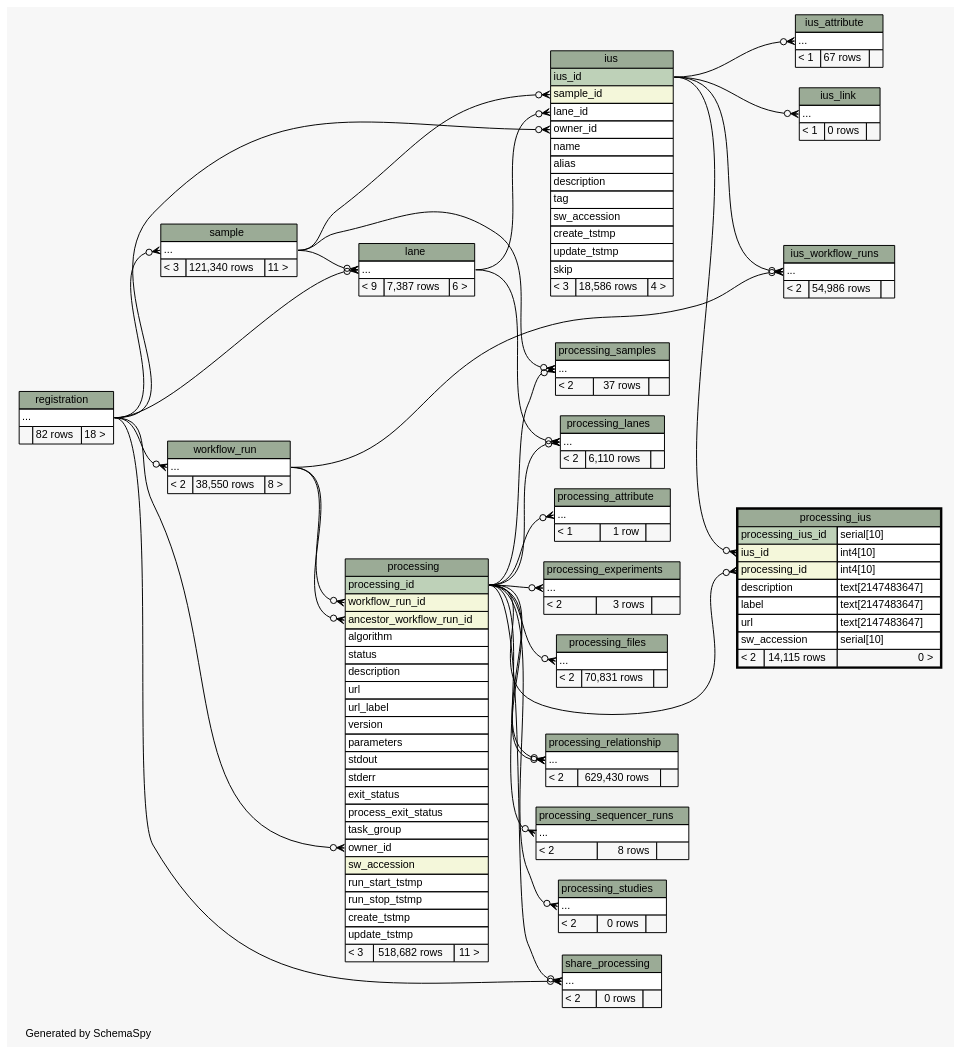
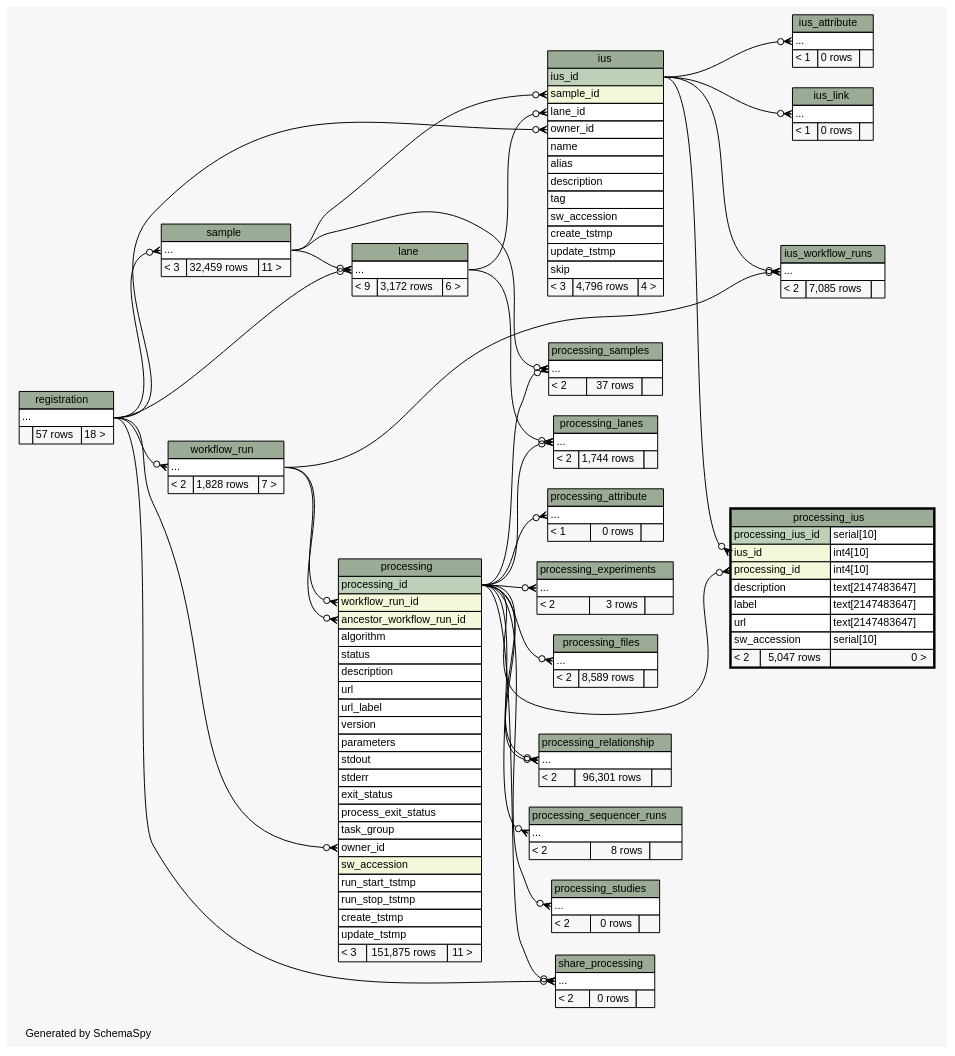
The diagram in metadb-schema/diagrams/processing_ius.2degrees.dot (SeqWare/seqware.github.com), drawn with Graphviz before and after one commit. The commit also changed 376 other files, not shown here.

```diff
--- a/metadb-schema/diagrams/processing_ius.2degrees.dot
+++ b/metadb-schema/diagrams/processing_ius.2degrees.dot
@@ -1,4 +1,4 @@
-// dot 2.26.3 on Linux 3.5.0-47-generic
+// dot 2.32.0 on Mac OS X 10.8.3
 // SchemaSpy rev 590
 digraph "twoDegreesRelationshipsDiagram" {
   graph [
@@ -64,7 +64,7 @@
       <TR><TD PORT="create_tstmp" COLSPAN="3" ALIGN="LEFT">create_tstmp</TD></TR>
       <TR><TD PORT="update_tstmp" COLSPAN="3" ALIGN="LEFT">update_tstmp</TD></TR>
       <TR><TD PORT="skip" COLSPAN="3" ALIGN="LEFT">skip</TD></TR>
-      <TR><TD ALIGN="LEFT" BGCOLOR="#f7f7f7">&lt; 3</TD><TD ALIGN="RIGHT" BGCOLOR="#f7f7f7">18,586 rows</TD><TD ALIGN="RIGHT" BGCOLOR="#f7f7f7">4 &gt;</TD></TR>
+      <TR><TD ALIGN="LEFT" BGCOLOR="#f7f7f7">&lt; 3</TD><TD ALIGN="RIGHT" BGCOLOR="#f7f7f7">4,796 rows</TD><TD ALIGN="RIGHT" BGCOLOR="#f7f7f7">4 &gt;</TD></TR>
     </TABLE>>
     URL="ius.html"
     tooltip="ius"
@@ -74,7 +74,7 @@
     <TABLE BORDER="0" CELLBORDER="1" CELLSPACING="0" BGCOLOR="#ffffff">
       <TR><TD COLSPAN="3" BGCOLOR="#9bab96" ALIGN="CENTER">ius_attribute</TD></TR>
       <TR><TD PORT="elipses" COLSPAN="3" ALIGN="LEFT">...</TD></TR>
-      <TR><TD ALIGN="LEFT" BGCOLOR="#f7f7f7">&lt; 1</TD><TD ALIGN="RIGHT" BGCOLOR="#f7f7f7">67 rows</TD><TD ALIGN="RIGHT" BGCOLOR="#f7f7f7">  </TD></TR>
+      <TR><TD ALIGN="LEFT" BGCOLOR="#f7f7f7">&lt; 1</TD><TD ALIGN="RIGHT" BGCOLOR="#f7f7f7">0 rows</TD><TD ALIGN="RIGHT" BGCOLOR="#f7f7f7">  </TD></TR>
     </TABLE>>
     URL="ius_attribute.html"
     tooltip="ius_attribute"
@@ -94,7 +94,7 @@
     <TABLE BORDER="0" CELLBORDER="1" CELLSPACING="0" BGCOLOR="#ffffff">
       <TR><TD COLSPAN="3" BGCOLOR="#9bab96" ALIGN="CENTER">ius_workflow_runs</TD></TR>
       <TR><TD PORT="elipses" COLSPAN="3" ALIGN="LEFT">...</TD></TR>
-      <TR><TD ALIGN="LEFT" BGCOLOR="#f7f7f7">&lt; 2</TD><TD ALIGN="RIGHT" BGCOLOR="#f7f7f7">54,986 rows</TD><TD ALIGN="RIGHT" BGCOLOR="#f7f7f7">  </TD></TR>
+      <TR><TD ALIGN="LEFT" BGCOLOR="#f7f7f7">&lt; 2</TD><TD ALIGN="RIGHT" BGCOLOR="#f7f7f7">7,085 rows</TD><TD ALIGN="RIGHT" BGCOLOR="#f7f7f7">  </TD></TR>
     </TABLE>>
     URL="ius_workflow_runs.html"
     tooltip="ius_workflow_runs"
@@ -104,7 +104,7 @@
     <TABLE BORDER="0" CELLBORDER="1" CELLSPACING="0" BGCOLOR="#ffffff">
       <TR><TD COLSPAN="3" BGCOLOR="#9bab96" ALIGN="CENTER">lane</TD></TR>
       <TR><TD PORT="elipses" COLSPAN="3" ALIGN="LEFT">...</TD></TR>
-      <TR><TD ALIGN="LEFT" BGCOLOR="#f7f7f7">&lt; 9</TD><TD ALIGN="RIGHT" BGCOLOR="#f7f7f7">7,387 rows</TD><TD ALIGN="RIGHT" BGCOLOR="#f7f7f7">6 &gt;</TD></TR>
+      <TR><TD ALIGN="LEFT" BGCOLOR="#f7f7f7">&lt; 9</TD><TD ALIGN="RIGHT" BGCOLOR="#f7f7f7">3,172 rows</TD><TD ALIGN="RIGHT" BGCOLOR="#f7f7f7">6 &gt;</TD></TR>
     </TABLE>>
     URL="lane.html"
     tooltip="lane"
@@ -134,7 +134,7 @@
       <TR><TD PORT="run_stop_tstmp" COLSPAN="3" ALIGN="LEFT">run_stop_tstmp</TD></TR>
       <TR><TD PORT="create_tstmp" COLSPAN="3" ALIGN="LEFT">create_tstmp</TD></TR>
       <TR><TD PORT="update_tstmp" COLSPAN="3" ALIGN="LEFT">update_tstmp</TD></TR>
-      <TR><TD ALIGN="LEFT" BGCOLOR="#f7f7f7">&lt; 3</TD><TD ALIGN="RIGHT" BGCOLOR="#f7f7f7">518,682 rows</TD><TD ALIGN="RIGHT" BGCOLOR="#f7f7f7">11 &gt;</TD></TR>
+      <TR><TD ALIGN="LEFT" BGCOLOR="#f7f7f7">&lt; 3</TD><TD ALIGN="RIGHT" BGCOLOR="#f7f7f7">151,875 rows</TD><TD ALIGN="RIGHT" BGCOLOR="#f7f7f7">11 &gt;</TD></TR>
     </TABLE>>
     URL="processing.html"
     tooltip="processing"
@@ -144,7 +144,7 @@
     <TABLE BORDER="0" CELLBORDER="1" CELLSPACING="0" BGCOLOR="#ffffff">
       <TR><TD COLSPAN="3" BGCOLOR="#9bab96" ALIGN="CENTER">processing_attribute</TD></TR>
       <TR><TD PORT="elipses" COLSPAN="3" ALIGN="LEFT">...</TD></TR>
-      <TR><TD ALIGN="LEFT" BGCOLOR="#f7f7f7">&lt; 1</TD><TD ALIGN="RIGHT" BGCOLOR="#f7f7f7">1 row</TD><TD ALIGN="RIGHT" BGCOLOR="#f7f7f7">  </TD></TR>
+      <TR><TD ALIGN="LEFT" BGCOLOR="#f7f7f7">&lt; 1</TD><TD ALIGN="RIGHT" BGCOLOR="#f7f7f7">0 rows</TD><TD ALIGN="RIGHT" BGCOLOR="#f7f7f7">  </TD></TR>
     </TABLE>>
     URL="processing_attribute.html"
     tooltip="processing_attribute"
@@ -164,7 +164,7 @@
     <TABLE BORDER="0" CELLBORDER="1" CELLSPACING="0" BGCOLOR="#ffffff">
       <TR><TD COLSPAN="3" BGCOLOR="#9bab96" ALIGN="CENTER">processing_files</TD></TR>
       <TR><TD PORT="elipses" COLSPAN="3" ALIGN="LEFT">...</TD></TR>
-      <TR><TD ALIGN="LEFT" BGCOLOR="#f7f7f7">&lt; 2</TD><TD ALIGN="RIGHT" BGCOLOR="#f7f7f7">70,831 rows</TD><TD ALIGN="RIGHT" BGCOLOR="#f7f7f7">  </TD></TR>
+      <TR><TD ALIGN="LEFT" BGCOLOR="#f7f7f7">&lt; 2</TD><TD ALIGN="RIGHT" BGCOLOR="#f7f7f7">8,589 rows</TD><TD ALIGN="RIGHT" BGCOLOR="#f7f7f7">  </TD></TR>
     </TABLE>>
     URL="processing_files.html"
     tooltip="processing_files"
@@ -180,7 +180,7 @@
       <TR><TD PORT="label" COLSPAN="2" ALIGN="LEFT">label</TD><TD PORT="label.type" ALIGN="LEFT">text[2147483647]</TD></TR>
       <TR><TD PORT="url" COLSPAN="2" ALIGN="LEFT">url</TD><TD PORT="url.type" ALIGN="LEFT">text[2147483647]</TD></TR>
       <TR><TD PORT="sw_accession" COLSPAN="2" ALIGN="LEFT">sw_accession</TD><TD PORT="sw_accession.type" ALIGN="LEFT">serial[10]</TD></TR>
-      <TR><TD ALIGN="LEFT" BGCOLOR="#f7f7f7">&lt; 2</TD><TD ALIGN="RIGHT" BGCOLOR="#f7f7f7">14,115 rows</TD><TD ALIGN="RIGHT" BGCOLOR="#f7f7f7">0 &gt;</TD></TR>
+      <TR><TD ALIGN="LEFT" BGCOLOR="#f7f7f7">&lt; 2</TD><TD ALIGN="RIGHT" BGCOLOR="#f7f7f7">5,047 rows</TD><TD ALIGN="RIGHT" BGCOLOR="#f7f7f7">0 &gt;</TD></TR>
     </TABLE>>
     URL="processing_ius.html"
     tooltip="processing_ius"
@@ -190,7 +190,7 @@
     <TABLE BORDER="0" CELLBORDER="1" CELLSPACING="0" BGCOLOR="#ffffff">
       <TR><TD COLSPAN="3" BGCOLOR="#9bab96" ALIGN="CENTER">processing_lanes</TD></TR>
       <TR><TD PORT="elipses" COLSPAN="3" ALIGN="LEFT">...</TD></TR>
-      <TR><TD ALIGN="LEFT" BGCOLOR="#f7f7f7">&lt; 2</TD><TD ALIGN="RIGHT" BGCOLOR="#f7f7f7">6,110 rows</TD><TD ALIGN="RIGHT" BGCOLOR="#f7f7f7">  </TD></TR>
+      <TR><TD ALIGN="LEFT" BGCOLOR="#f7f7f7">&lt; 2</TD><TD ALIGN="RIGHT" BGCOLOR="#f7f7f7">1,744 rows</TD><TD ALIGN="RIGHT" BGCOLOR="#f7f7f7">  </TD></TR>
     </TABLE>>
     URL="processing_lanes.html"
     tooltip="processing_lanes"
@@ -200,7 +200,7 @@
     <TABLE BORDER="0" CELLBORDER="1" CELLSPACING="0" BGCOLOR="#ffffff">
       <TR><TD COLSPAN="3" BGCOLOR="#9bab96" ALIGN="CENTER">processing_relationship</TD></TR>
       <TR><TD PORT="elipses" COLSPAN="3" ALIGN="LEFT">...</TD></TR>
-      <TR><TD ALIGN="LEFT" BGCOLOR="#f7f7f7">&lt; 2</TD><TD ALIGN="RIGHT" BGCOLOR="#f7f7f7">629,430 rows</TD><TD ALIGN="RIGHT" BGCOLOR="#f7f7f7">  </TD></TR>
+      <TR><TD ALIGN="LEFT" BGCOLOR="#f7f7f7">&lt; 2</TD><TD ALIGN="RIGHT" BGCOLOR="#f7f7f7">96,301 rows</TD><TD ALIGN="RIGHT" BGCOLOR="#f7f7f7">  </TD></TR>
     </TABLE>>
     URL="processing_relationship.html"
     tooltip="processing_relationship"
@@ -240,7 +240,7 @@
     <TABLE BORDER="0" CELLBORDER="1" CELLSPACING="0" BGCOLOR="#ffffff">
       <TR><TD COLSPAN="3" BGCOLOR="#9bab96" ALIGN="CENTER">registration</TD></TR>
       <TR><TD PORT="elipses" COLSPAN="3" ALIGN="LEFT">...</TD></TR>
-      <TR><TD ALIGN="LEFT" BGCOLOR="#f7f7f7">  </TD><TD ALIGN="RIGHT" BGCOLOR="#f7f7f7">82 rows</TD><TD ALIGN="RIGHT" BGCOLOR="#f7f7f7">18 &gt;</TD></TR>
+      <TR><TD ALIGN="LEFT" BGCOLOR="#f7f7f7">  </TD><TD ALIGN="RIGHT" BGCOLOR="#f7f7f7">57 rows</TD><TD ALIGN="RIGHT" BGCOLOR="#f7f7f7">18 &gt;</TD></TR>
     </TABLE>>
     URL="registration.html"
     tooltip="registration"
@@ -250,7 +250,7 @@
     <TABLE BORDER="0" CELLBORDER="1" CELLSPACING="0" BGCOLOR="#ffffff">
       <TR><TD COLSPAN="3" BGCOLOR="#9bab96" ALIGN="CENTER">sample</TD></TR>
       <TR><TD PORT="elipses" COLSPAN="3" ALIGN="LEFT">...</TD></TR>
-      <TR><TD ALIGN="LEFT" BGCOLOR="#f7f7f7">&lt; 3</TD><TD ALIGN="RIGHT" BGCOLOR="#f7f7f7">121,340 rows</TD><TD ALIGN="RIGHT" BGCOLOR="#f7f7f7">11 &gt;</TD></TR>
+      <TR><TD ALIGN="LEFT" BGCOLOR="#f7f7f7">&lt; 3</TD><TD ALIGN="RIGHT" BGCOLOR="#f7f7f7">32,459 rows</TD><TD ALIGN="RIGHT" BGCOLOR="#f7f7f7">11 &gt;</TD></TR>
     </TABLE>>
     URL="sample.html"
     tooltip="sample"
@@ -270,7 +270,7 @@
     <TABLE BORDER="0" CELLBORDER="1" CELLSPACING="0" BGCOLOR="#ffffff">
       <TR><TD COLSPAN="3" BGCOLOR="#9bab96" ALIGN="CENTER">workflow_run</TD></TR>
       <TR><TD PORT="elipses" COLSPAN="3" ALIGN="LEFT">...</TD></TR>
-      <TR><TD ALIGN="LEFT" BGCOLOR="#f7f7f7">&lt; 2</TD><TD ALIGN="RIGHT" BGCOLOR="#f7f7f7">38,550 rows</TD><TD ALIGN="RIGHT" BGCOLOR="#f7f7f7">8 &gt;</TD></TR>
+      <TR><TD ALIGN="LEFT" BGCOLOR="#f7f7f7">&lt; 2</TD><TD ALIGN="RIGHT" BGCOLOR="#f7f7f7">1,828 rows</TD><TD ALIGN="RIGHT" BGCOLOR="#f7f7f7">7 &gt;</TD></TR>
     </TABLE>>
     URL="workflow_run.html"
     tooltip="workflow_run"
```
